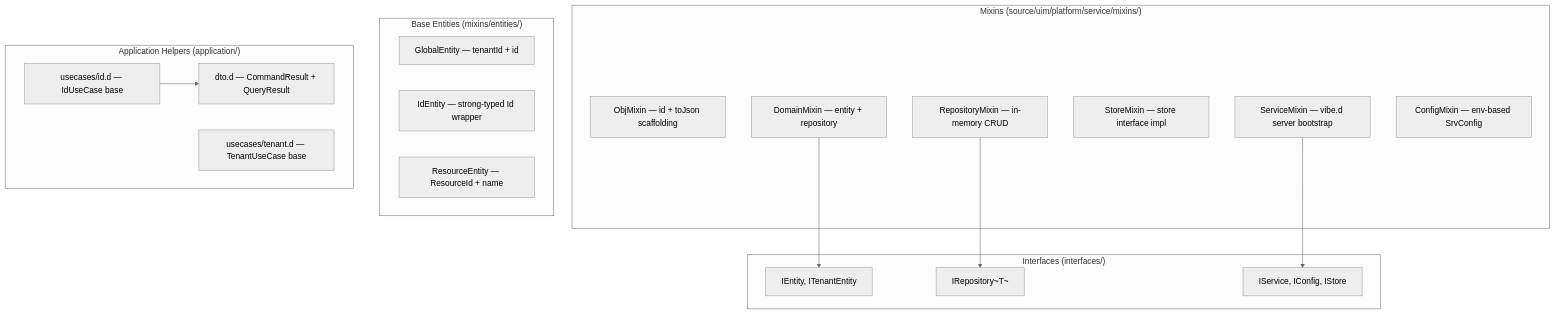
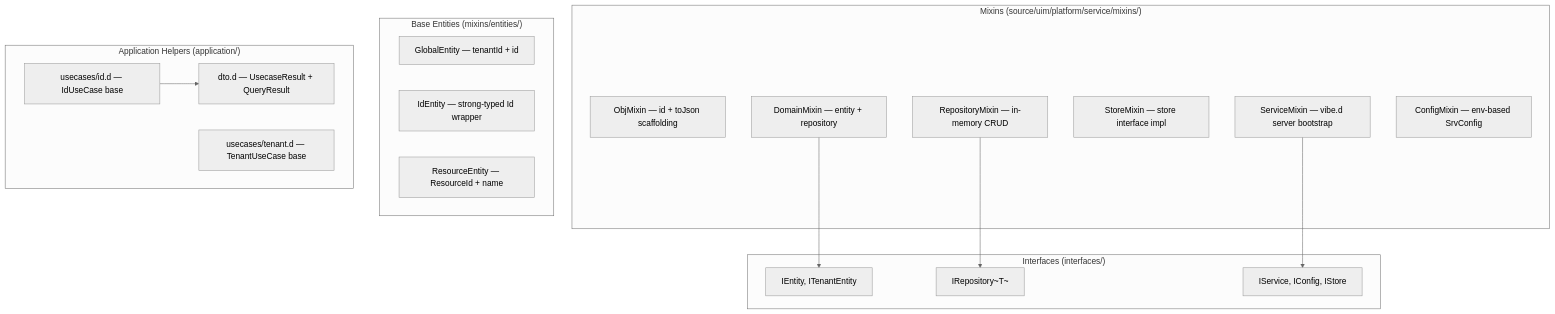
The second of 3 diagrams in service/UML.md (UIMSolutions/uim-platform), drawn with Mermaid (neutral theme) before and after one commit. The commit also changed other lines of this file and 907 other files, not shown here.

Commit message:
Rename CommandResult

````diff
--- a/service/UML.md
+++ b/service/UML.md
@@ -57,31 +57,31 @@
 ```mermaid
 flowchart TB
     subgraph Mixins["Mixins (source/uim/platform/service/mixins/)"]
         M1[ObjMixin — id + toJson scaffolding]
         M2[DomainMixin — entity + repository]
         M3[RepositoryMixin — in-memory CRUD]
         M4[StoreMixin — store interface impl]
         M5[ServiceMixin — vibe.d server bootstrap]
         M6[ConfigMixin — env-based SrvConfig]
     end
     subgraph Entities["Base Entities (mixins/entities/)"]
         E1[GlobalEntity — tenantId + id]
         E2[IdEntity — strong-typed Id wrapper]
         E3[ResourceEntity — ResourceId + name]
     end
     subgraph Application["Application Helpers (application/)"]
-        A1[dto.d — CommandResult + QueryResult]
+        A1[dto.d — UsecaseResult + QueryResult]
         A2[usecases/id.d — IdUseCase base]
         A3[usecases/tenant.d — TenantUseCase base]
     end
     subgraph Interfaces["Interfaces (interfaces/)"]
         I1[IEntity, ITenantEntity]
         I2[IRepository~T~]
         I3[IService, IConfig, IStore]
     end
 
     M2 --> I1
     M3 --> I2
     M5 --> I3
     A2 --> A1
 ```
````
